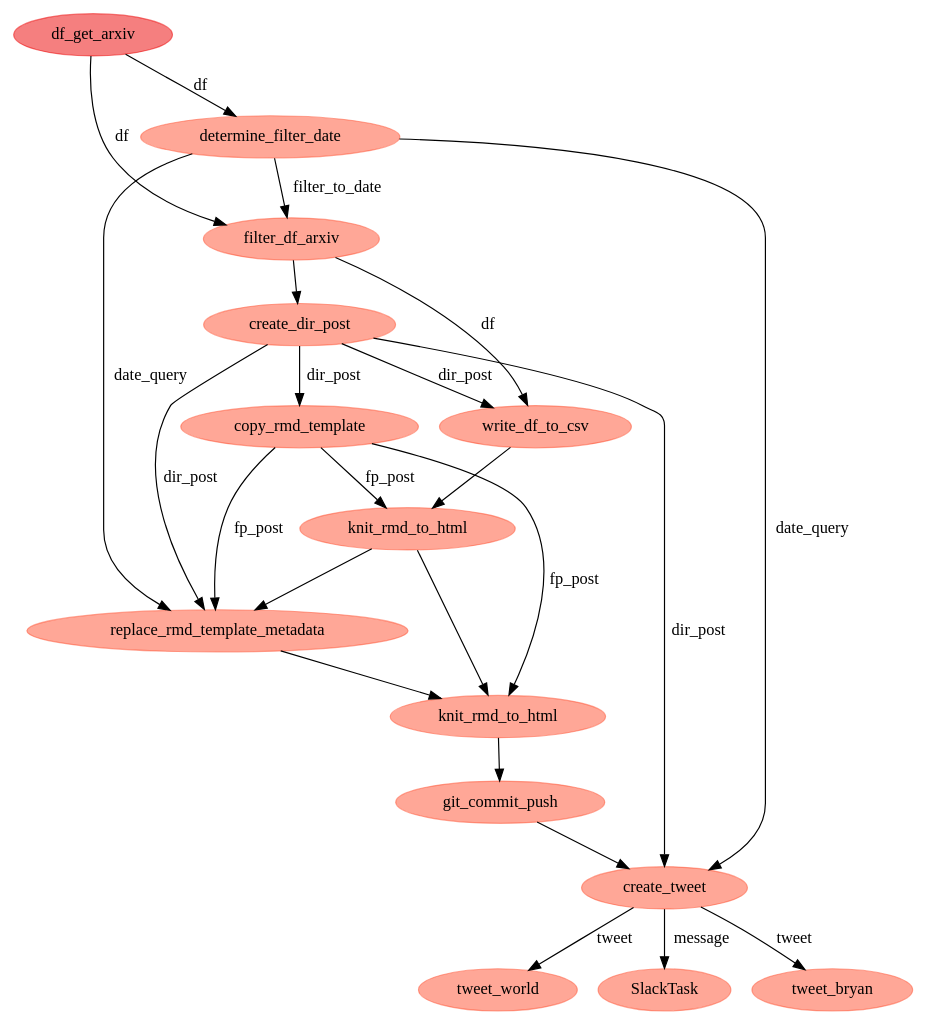
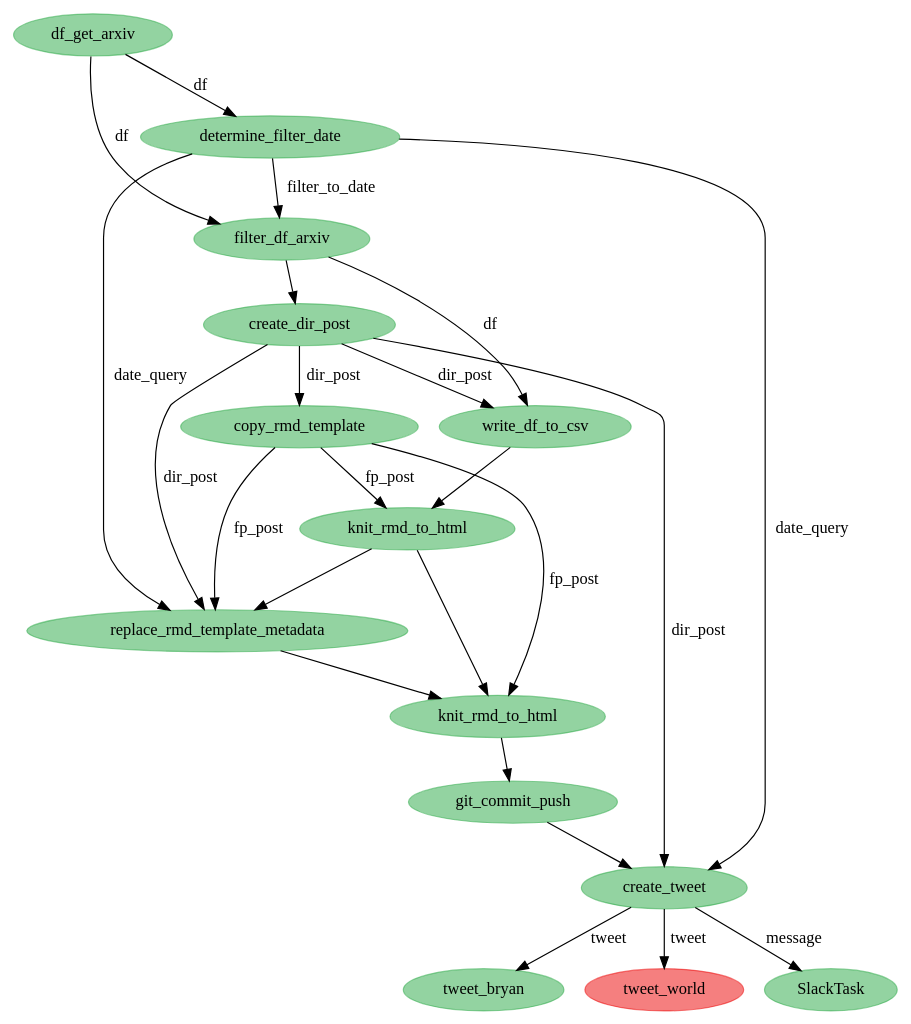
One commit to bryanwhiting/ds-arxiv changed the diagram in python/state-viz.dot. Above: the diagram before and after it, drawn with Graphviz. The commit also changed 7 other files, not shown here.

```diff
--- a/python/state-viz.dot
+++ b/python/state-viz.dot
@@ -1,39 +1,39 @@
 digraph {
-	4736907600 [label=tweet_world color="#ff513180" colorscheme=svg shape=ellipse style=filled]
-	4736907984 [label=SlackTask color="#ff513180" colorscheme=svg shape=ellipse style=filled]
-	4736822736 [label=df_get_arxiv color="#eb000080" colorscheme=svg shape=ellipse style=filled]
-	4736822288 [label=determine_filter_date color="#ff513180" colorscheme=svg shape=ellipse style=filled]
-	4736884816 [label=create_dir_post color="#ff513180" colorscheme=svg shape=ellipse style=filled]
-	4736885328 [label=write_df_to_csv color="#ff513180" colorscheme=svg shape=ellipse style=filled]
-	4736822480 [label=filter_df_arxiv color="#ff513180" colorscheme=svg shape=ellipse style=filled]
-	4736886288 [label=copy_rmd_template color="#ff513180" colorscheme=svg shape=ellipse style=filled]
-	4736886544 [label=knit_rmd_to_html color="#ff513180" colorscheme=svg shape=ellipse style=filled]
-	4736887248 [label=replace_rmd_template_metadata color="#ff513180" colorscheme=svg shape=ellipse style=filled]
-	4736888464 [label=knit_rmd_to_html color="#ff513180" colorscheme=svg shape=ellipse style=filled]
-	4736905808 [label=git_commit_push color="#ff513180" colorscheme=svg shape=ellipse style=filled]
-	4736906448 [label=create_tweet color="#ff513180" colorscheme=svg shape=ellipse style=filled]
-	4736907344 [label=tweet_bryan color="#ff513180" colorscheme=svg shape=ellipse style=filled]
-	4736906448 -> 4736907984 [label=message]
-	4736822736 -> 4736822480 [label=df]
-	4736822480 -> 4736885328 [label=df]
-	4736822288 -> 4736887248 [label=date_query]
-	4736822288 -> 4736906448 [label=date_query]
-	4736888464 -> 4736905808
-	4736885328 -> 4736886544
-	4736886288 -> 4736887248 [label=fp_post]
-	4736886544 -> 4736887248
-	4736887248 -> 4736888464
-	4736884816 -> 4736886288 [label=dir_post]
-	4736884816 -> 4736906448 [label=dir_post]
-	4736906448 -> 4736907344 [label=tweet]
-	4736906448 -> 4736907600 [label=tweet]
-	4736822736 -> 4736822288 [label=df]
-	4736822480 -> 4736884816
-	4736886288 -> 4736886544 [label=fp_post]
-	4736822288 -> 4736822480 [label=filter_to_date]
-	4736886288 -> 4736888464 [label=fp_post]
-	4736886544 -> 4736888464
-	4736884816 -> 4736885328 [label=dir_post]
-	4736905808 -> 4736906448
-	4736884816 -> 4736887248 [label=dir_post]
+	4530460368 [label=tweet_bryan color="#28a74580" colorscheme=svg shape=ellipse style=filled]
+	4530459472 [label=create_tweet color="#28a74580" colorscheme=svg shape=ellipse style=filled]
+	4530460624 [label=tweet_world color="#eb000080" colorscheme=svg shape=ellipse style=filled]
+	4530388048 [label=df_get_arxiv color="#28a74580" colorscheme=svg shape=ellipse style=filled]
+	4530388624 [label=create_dir_post color="#28a74580" colorscheme=svg shape=ellipse style=filled]
+	4530387792 [label=filter_df_arxiv color="#28a74580" colorscheme=svg shape=ellipse style=filled]
+	4530387600 [label=determine_filter_date color="#28a74580" colorscheme=svg shape=ellipse style=filled]
+	4530442448 [label=write_df_to_csv color="#28a74580" colorscheme=svg shape=ellipse style=filled]
+	4530443408 [label=copy_rmd_template color="#28a74580" colorscheme=svg shape=ellipse style=filled]
+	4530443664 [label=knit_rmd_to_html color="#28a74580" colorscheme=svg shape=ellipse style=filled]
+	4530444368 [label=replace_rmd_template_metadata color="#28a74580" colorscheme=svg shape=ellipse style=filled]
+	4530445584 [label=knit_rmd_to_html color="#28a74580" colorscheme=svg shape=ellipse style=filled]
+	4530458832 [label=git_commit_push color="#28a74580" colorscheme=svg shape=ellipse style=filled]
+	4530461008 [label=SlackTask color="#28a74580" colorscheme=svg shape=ellipse style=filled]
+	4530388048 -> 4530387792 [label=df]
+	4530387792 -> 4530442448 [label=df]
+	4530459472 -> 4530461008 [label=message]
+	4530388624 -> 4530443408 [label=dir_post]
+	4530387792 -> 4530388624
+	4530442448 -> 4530443664
+	4530443664 -> 4530444368
+	4530444368 -> 4530445584
+	4530445584 -> 4530458832
+	4530443408 -> 4530443664 [label=fp_post]
+	4530443408 -> 4530445584 [label=fp_post]
+	4530387600 -> 4530444368 [label=date_query]
+	4530387600 -> 4530459472 [label=date_query]
+	4530459472 -> 4530460368 [label=tweet]
+	4530459472 -> 4530460624 [label=tweet]
+	4530388048 -> 4530387600 [label=df]
+	4530388624 -> 4530442448 [label=dir_post]
+	4530388624 -> 4530444368 [label=dir_post]
+	4530388624 -> 4530459472 [label=dir_post]
+	4530387600 -> 4530387792 [label=filter_to_date]
+	4530443664 -> 4530445584
+	4530458832 -> 4530459472
+	4530443408 -> 4530444368 [label=fp_post]
 }
```
